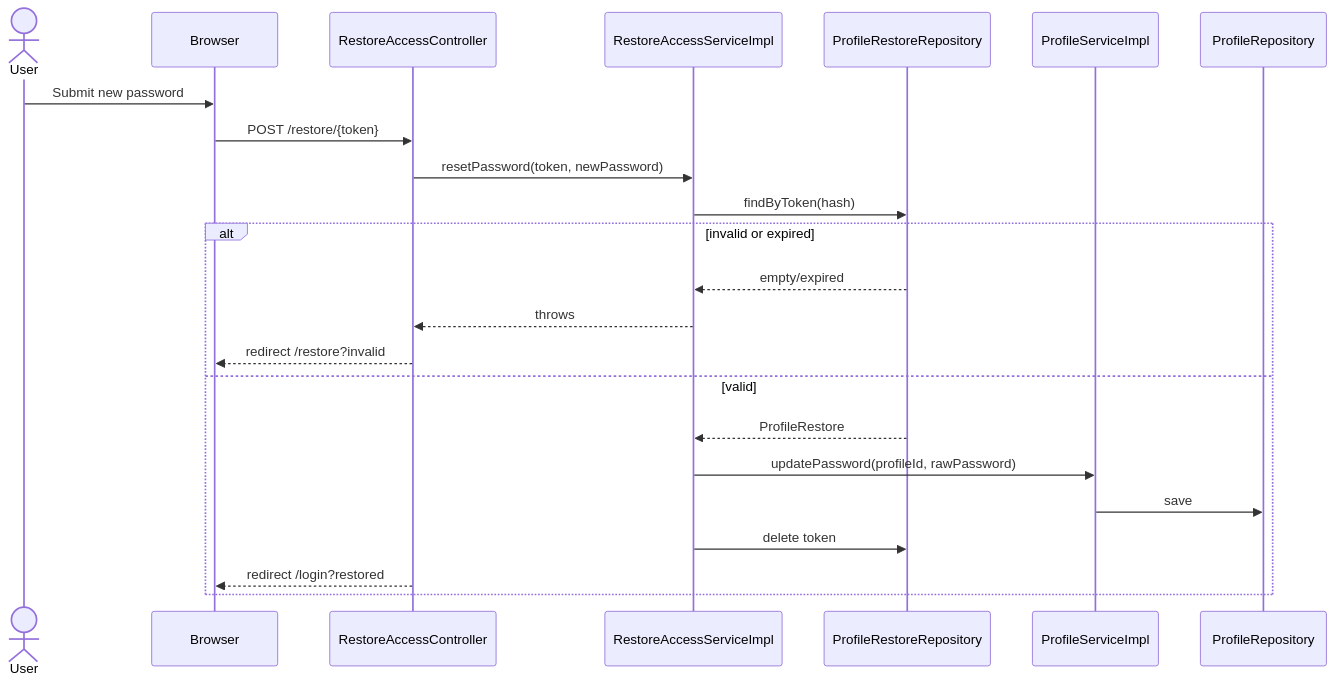
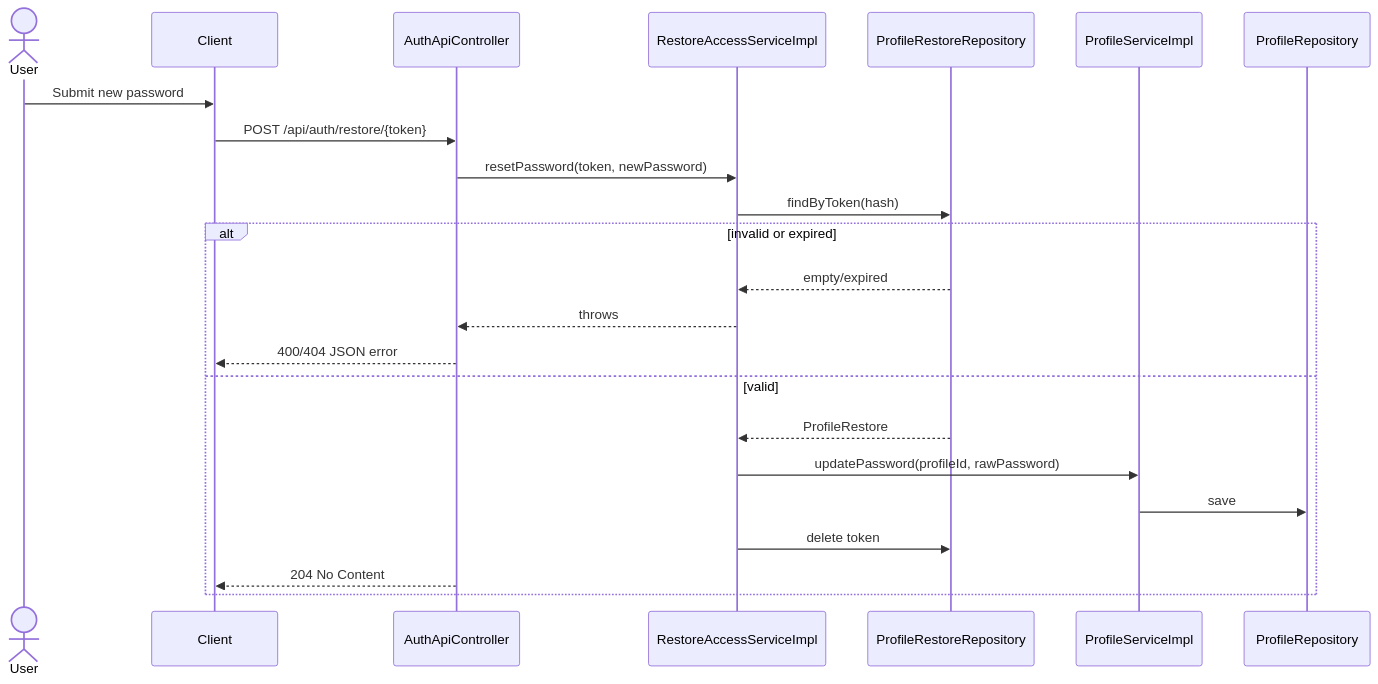
Before and after one commit to olekraua/resume: the fourth of 6 diagrams in ARCHITECTURE.md, drawn with Mermaid. The commit also changed other lines of this file and 5 other files, not shown here.

````diff
--- a/ARCHITECTURE.md
+++ b/ARCHITECTURE.md
@@ -134,26 +135,26 @@
 ```mermaid
 sequenceDiagram
     actor User
-    participant Browser
-    participant Ctrl as RestoreAccessController
+    participant Client
+    participant Ctrl as AuthApiController
     participant RestoreSvc as RestoreAccessServiceImpl
     participant RestoreRepo as ProfileRestoreRepository
     participant ProfileSvc as ProfileServiceImpl
     participant ProfileRepo as ProfileRepository
 
-    User->>Browser: Submit new password
-    Browser->>Ctrl: POST /restore/{token}
+    User->>Client: Submit new password
+    Client->>Ctrl: POST /api/auth/restore/{token}
     Ctrl->>RestoreSvc: resetPassword(token, newPassword)
     RestoreSvc->>RestoreRepo: findByToken(hash)
     alt invalid or expired
         RestoreRepo-->>RestoreSvc: empty/expired
         RestoreSvc-->>Ctrl: throws
-        Ctrl-->>Browser: redirect /restore?invalid
+        Ctrl-->>Client: 400/404 JSON error
     else valid
         RestoreRepo-->>RestoreSvc: ProfileRestore
         RestoreSvc->>ProfileSvc: updatePassword(profileId, rawPassword)
         ProfileSvc->>ProfileRepo: save
         RestoreSvc->>RestoreRepo: delete token
-        Ctrl-->>Browser: redirect /login?restored
+        Ctrl-->>Client: 204 No Content
     end
 ```
````
